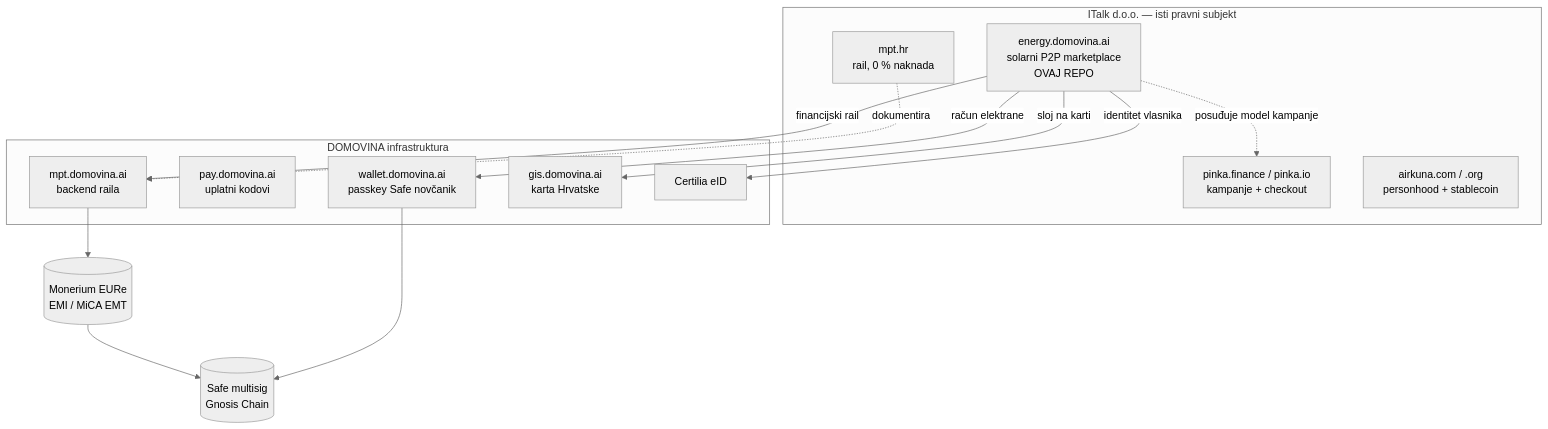
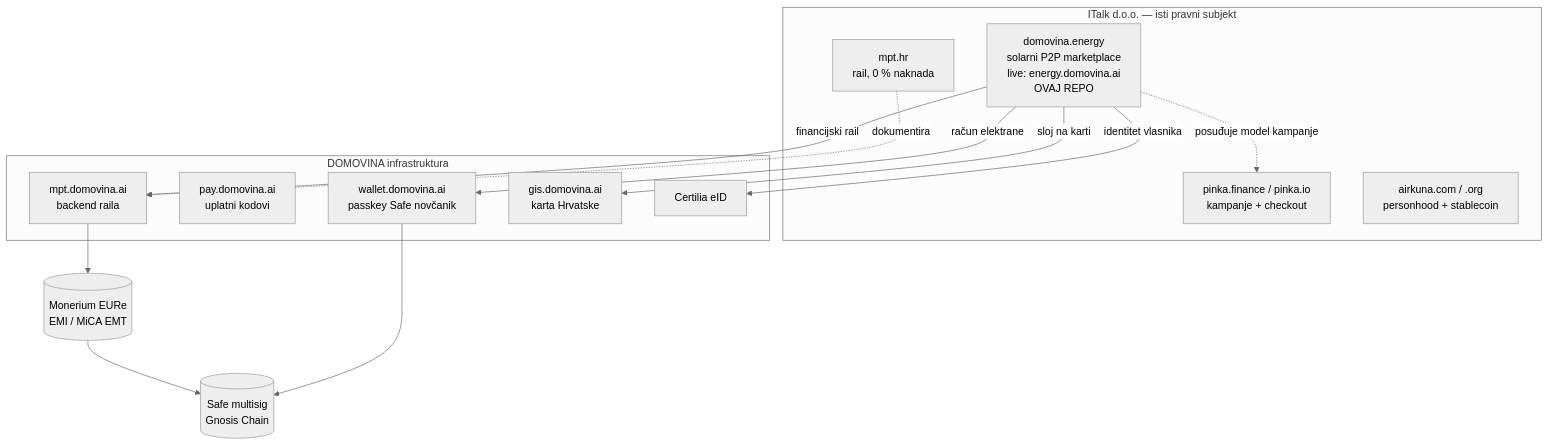
The diagram in docs/00-indeks.md (domovinatv/energy.domovina.ai), drawn with Mermaid (neutral theme) before and after one commit. The commit also changed other lines of this file and 8 other files, not shown here.

First line of the commit message:
Ime domovina.energy, live na energy.domovina.ai, jedno okruženje

````diff
--- a/docs/00-indeks.md
+++ b/docs/00-indeks.md
@@ -63,30 +64,30 @@
 ```mermaid
 flowchart TB
   subgraph ITalk["ITalk d.o.o. — isti pravni subjekt"]
-    EN["energy.domovina.ai<br/>solarni P2P marketplace<br/>OVAJ REPO"]
+    EN["domovina.energy<br/>solarni P2P marketplace<br/>live: energy.domovina.ai<br/>OVAJ REPO"]
     PF["pinka.finance / pinka.io<br/>kampanje + checkout"]
     MPT["mpt.hr<br/>rail, 0 % naknada"]
     AK["airkuna.com / .org<br/>personhood + stablecoin"]
   end
 
   subgraph DOM["DOMOVINA infrastruktura"]
     W["wallet.domovina.ai<br/>passkey Safe novčanik"]
     PAY["pay.domovina.ai<br/>uplatni kodovi"]
     RAIL["mpt.domovina.ai<br/>backend raila"]
     GIS["gis.domovina.ai<br/>karta Hrvatske"]
     CERT["Certilia eID"]
   end
 
   MON[("Monerium EURe<br/>EMI / MiCA EMT")]
   SAFE[("Safe multisig<br/>Gnosis Chain")]
 
   EN -->|financijski rail| RAIL
   EN -->|identitet vlasnika| CERT
   EN -->|račun elektrane| W
   EN -->|sloj na karti| GIS
   EN -.->|posuđuje model kampanje| PF
   RAIL --> MON
   MON --> SAFE
   W --> SAFE
   MPT -.dokumentira.-> RAIL
 ```
````
